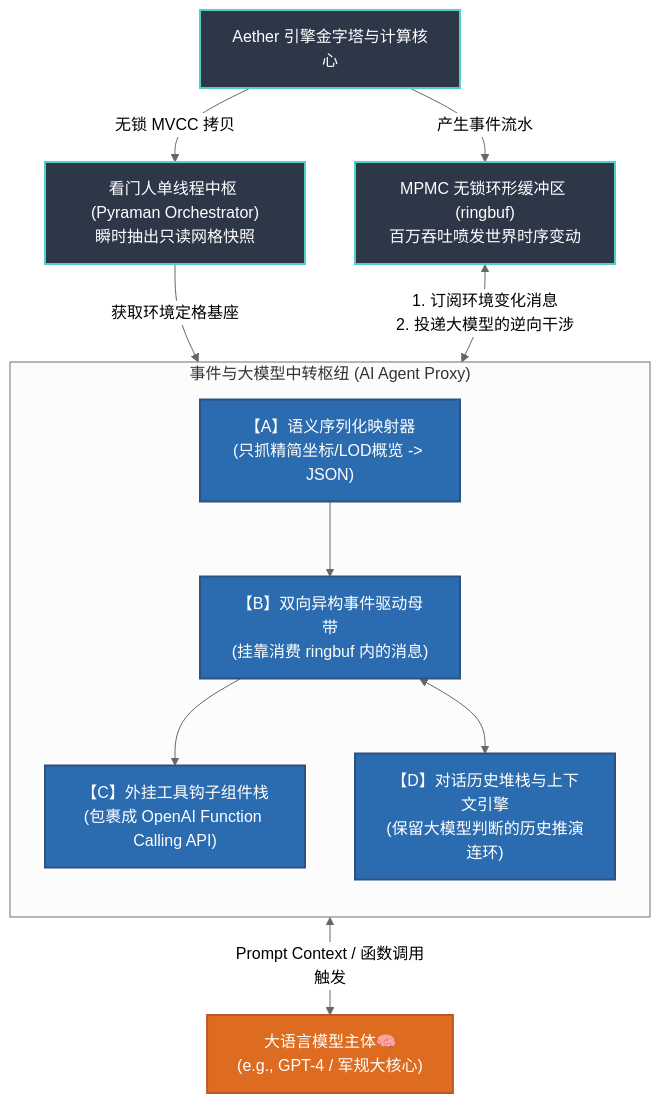
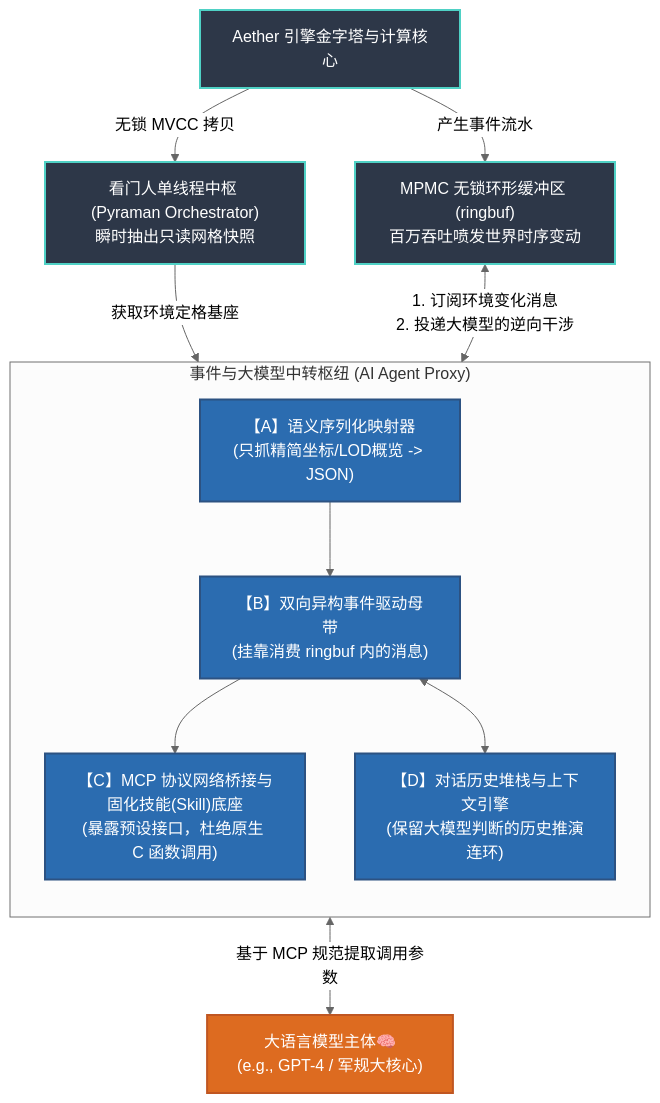
One commit to mapcarto/aether changed the diagram in docs/06_ai_integration/01_llm_interaction_workflow.md. Above: the diagram before and after it, drawn with Mermaid (neutral theme). The commit also changed other lines of this file and 10 other files, not shown here.

Commit message:
docs: integrate Aether Spatiotemporal Server & LLM architectural decisions

````diff
--- a/docs/06_ai_integration/01_llm_interaction_workflow.md
+++ b/docs/06_ai_integration/01_llm_interaction_workflow.md
@@ -17,32 +17,32 @@
 ```mermaid
 flowchart TD
     classDef engine fill:#2d3748,stroke:#4fd1c5,stroke-width:2px,color:#fff
     classDef ai_proxy fill:#2b6cb0,stroke:#2c5282,stroke-width:2px,color:#fff
     classDef llm fill:#dd6b20,stroke:#c05621,stroke-width:2px,color:#fff
 
     AE_CORE["Aether 引擎金字塔与计算核心"]:::engine
     PYRAMAN["看门人单线程中枢 (Pyraman Orchestrator)<br/>瞬时抽出只读网格快照"]:::engine
     RINGBUF["MPMC 无锁环形缓冲区 (ringbuf)<br/>百万吞吐喷发世界时序变动"]:::engine
     
     AE_CORE -->|"无锁 MVCC 拷贝"| PYRAMAN
     AE_CORE -->|"产生事件流水"| RINGBUF
 
     subgraph "事件与大模型中转枢纽 (AI Agent Proxy)"
         direction TB
         SERIALIZER["【A】语义序列化映射器<br/>(只抓精简坐标/LOD概览 -> JSON)"]:::ai_proxy
         EVENT_BUS["【B】双向异构事件驱动母带<br/>(挂靠消费 ringbuf 内的消息)"]:::ai_proxy
-        TOOL_API["【C】外挂工具钩子组件栈<br/>(包裹成 OpenAI Function Calling API)"]:::ai_proxy
+        TOOL_API["【C】MCP 协议网络桥接与固化技能(Skill)底座<br/>(暴露预设接口，杜绝原生 C 函数调用)"]:::ai_proxy
         MEMORY["【D】对话历史堆栈与上下文引擎<br/>(保留大模型判断的历史推演连环)"]:::ai_proxy
     end
 
     PYRAMAN -->|"获取环境定格基座"| SERIALIZER
     RINGBUF <-->|"1. 订阅环境变化消息<br/>2. 投递大模型的逆向干涉"| EVENT_BUS
     
     SERIALIZER --> EVENT_BUS
     EVENT_BUS --> TOOL_API
     EVENT_BUS <--> MEMORY
 
     LLM_BRAIN["大语言模型主体🧠<br/>(e.g., GPT-4 / 军规大核心)"]:::llm
 
-    TOOL_API <-->|"Prompt Context / 函数调用触发"| LLM_BRAIN
+    TOOL_API <-->|"基于 MCP 规范提取调用参数"| LLM_BRAIN
 ```
````
